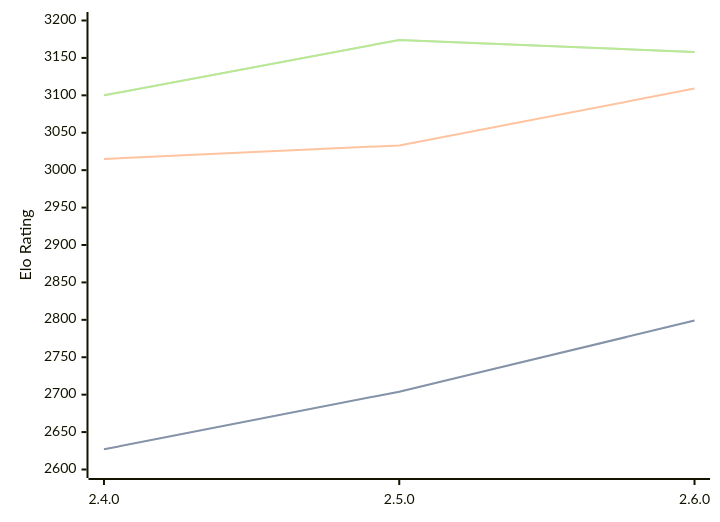
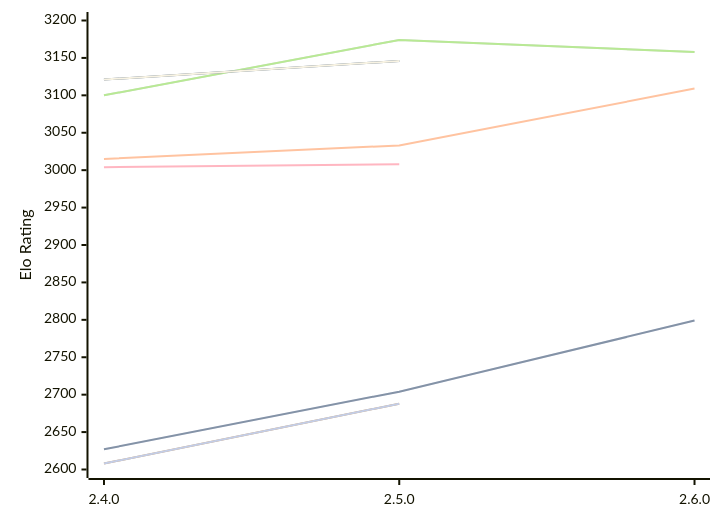
One commit to computer-chess-index/cci changed the diagram in engines/Sturddle2.md. Above: the diagram before and after it, drawn with Mermaid. The commit also changed other lines of this file, not shown here.

Commit message:
Update CCI Ratings (ELO VLTC) - 2026-10-11

````diff
--- a/engines/Sturddle2.md
+++ b/engines/Sturddle2.md
@@ -49,11 +50,16 @@
 ```mermaid
 %%{init: {"theme":"base","themeVariables":{"seriesColors:['#a3a3a3','#222221','#faa371']}}}%%
 xychart-beta
   x-axis ["2.4.0", "2.5.0", "2.6.0"]
   y-axis "Elo Rating" 2600 --> 3200
   line "" [2627, 2704, 2799]
-  line "STC (8.0+0.08s)" [2627, 2704, 2799]
-  line "LTC (60.0+0.60s)" [3015, 3033, 3109]
+  line "T1: STC (8.0+0.08s)" [2627, 2704, 2799]
+  line "T1: LTC (60.0+0.60s)" [3015, 3033, 3109]
   line "" [3100, 3174, 3158]
-  line "VLTC (2m24s+1.12s)" [3100, 3174, 3158]
+  line "T1: VLTC (2m24s+1.12s)" [3100, 3174, 3158]
+  line "" [2608, 2688]
+  line "E1: STC (8.0+0.08s)" [2608, 2688]
+  line "E1: LTC (60.0+0.60s)" [3004, 3008]
+  line "" [3121, 3146]
+  line "E1: VLTC (2m24s+1.12s)" [3121, 3146]
 ```
````
